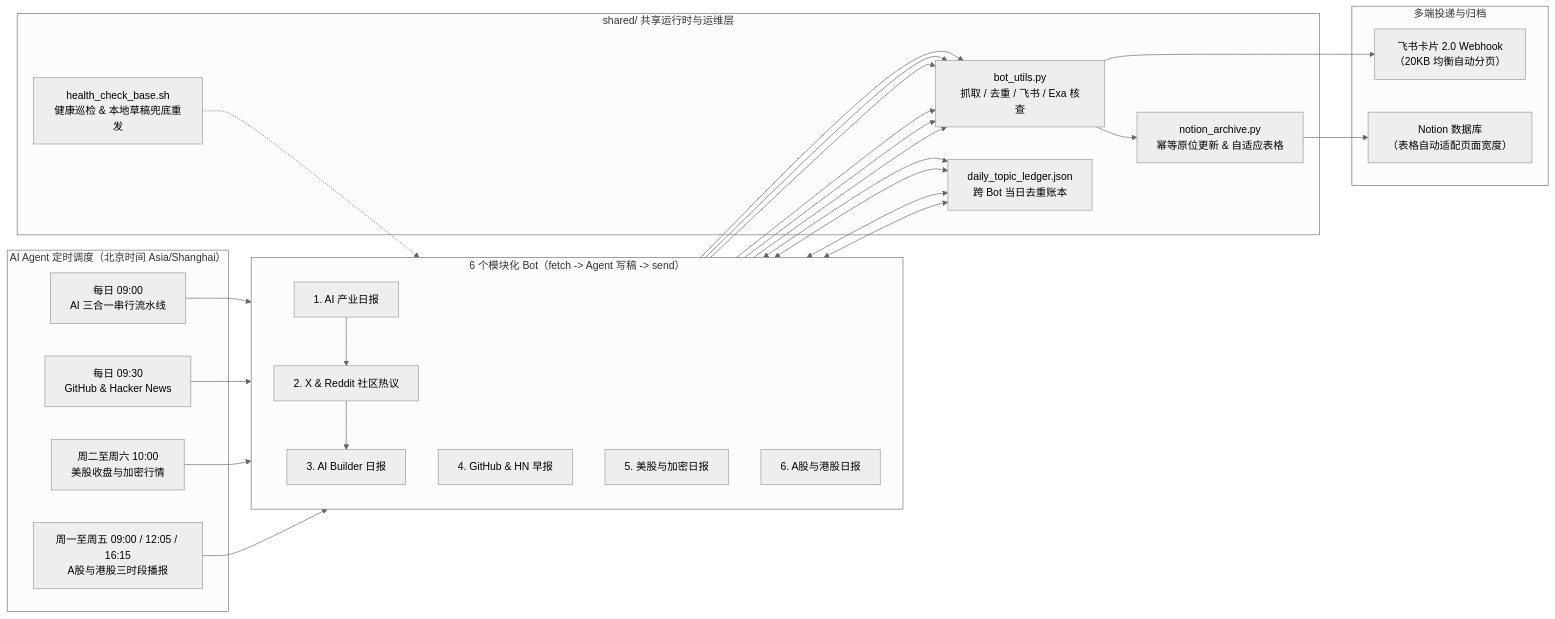
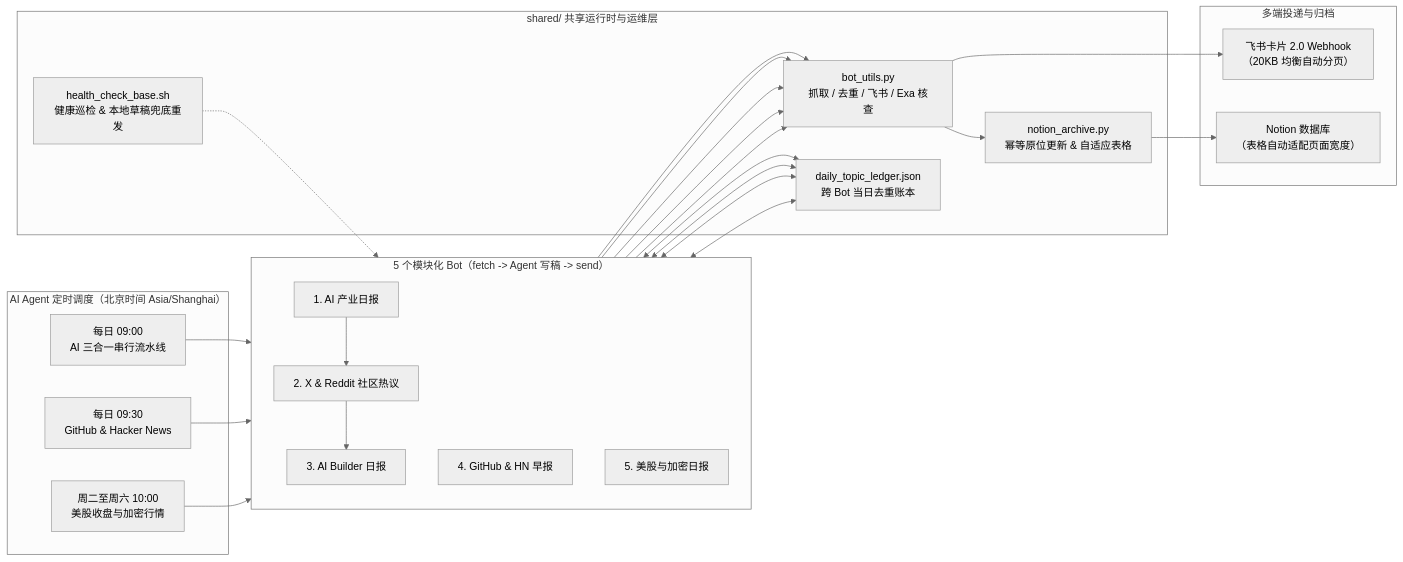
The diagram in README.zh-CN.md (shirleyisdoingrightthings/daily-bots), drawn with Mermaid (neutral theme) before and after one commit. The commit also changed other lines of this file and 22 other files, not shown here.

````diff
--- a/README.zh-CN.md
+++ b/README.zh-CN.md
@@ -17,39 +17,36 @@
 ```mermaid
 flowchart LR
     subgraph Sched["AI Agent 定时调度（北京时间 Asia/Shanghai）"]
         S1["每日 09:00<br/>AI 三合一串行流水线"]
         S2["每日 09:30<br/>GitHub &amp; Hacker News"]
         S3["周二至周六 10:00<br/>美股收盘与加密行情"]
-        S4["周一至周五 09:00 / 12:05 / 16:15<br/>A股与港股三时段播报"]
     end
 
-    subgraph Bots["6 个模块化 Bot（fetch -&gt; Agent 写稿 -&gt; send）"]
+    subgraph Bots["5 个模块化 Bot（fetch -&gt; Agent 写稿 -&gt; send）"]
         direction TB
         B1["1. AI 产业日报"] --> B2["2. X &amp; Reddit 社区热议"] --> B3["3. AI Builder 日报"]
         B4["4. GitHub &amp; HN 早报"]
         B5["5. 美股与加密日报"]
-        B6["6. A股与港股日报"]
     end
 
     subgraph Shared["shared/ 共享运行时与运维层"]
         U["bot_utils.py<br/>抓取 / 去重 / 飞书 / Exa 核查"]
         L["daily_topic_ledger.json<br/>跨 Bot 当日去重账本"]
         N["notion_archive.py<br/>幂等原位更新 &amp; 自适应表格"]
         H["health_check_base.sh<br/>健康巡检 &amp; 本地草稿兜底重发"]
     end
 
     subgraph Out["多端投递与归档"]
         F["飞书卡片 2.0 Webhook<br/>（20KB 均衡自动分页）"]
         ND["Notion 数据库<br/>（表格自动适配页面宽度）"]
     end
 
     S1 --> B1
     S2 --> B4
     S3 --> B5
-    S4 --> B6
     B1 & B2 & B3 & B4 <--> L
-    B1 & B2 & B3 & B4 & B5 & B6 --> U
+    B1 & B2 & B3 & B4 & B5 --> U
     U --> F
     U --> N --> ND
     H -.-> Bots
 ```
````
